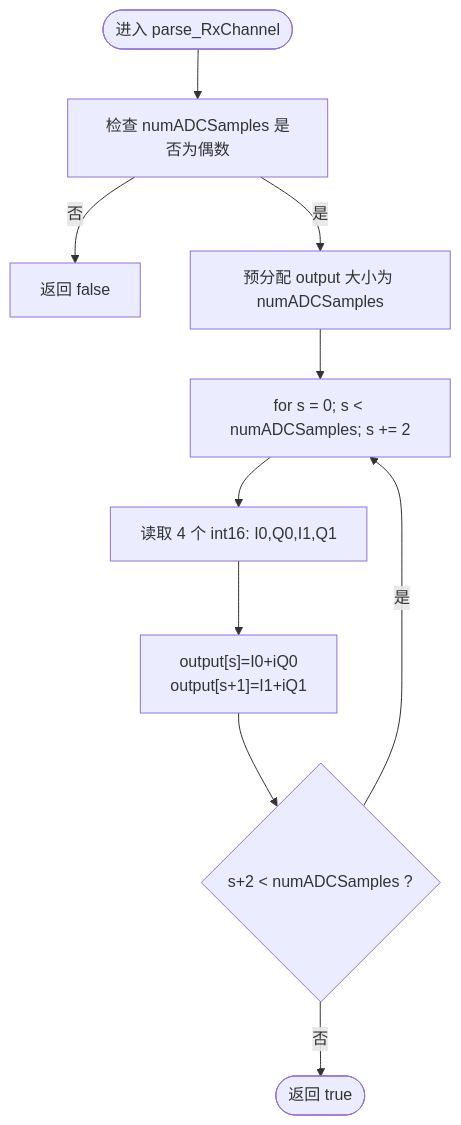
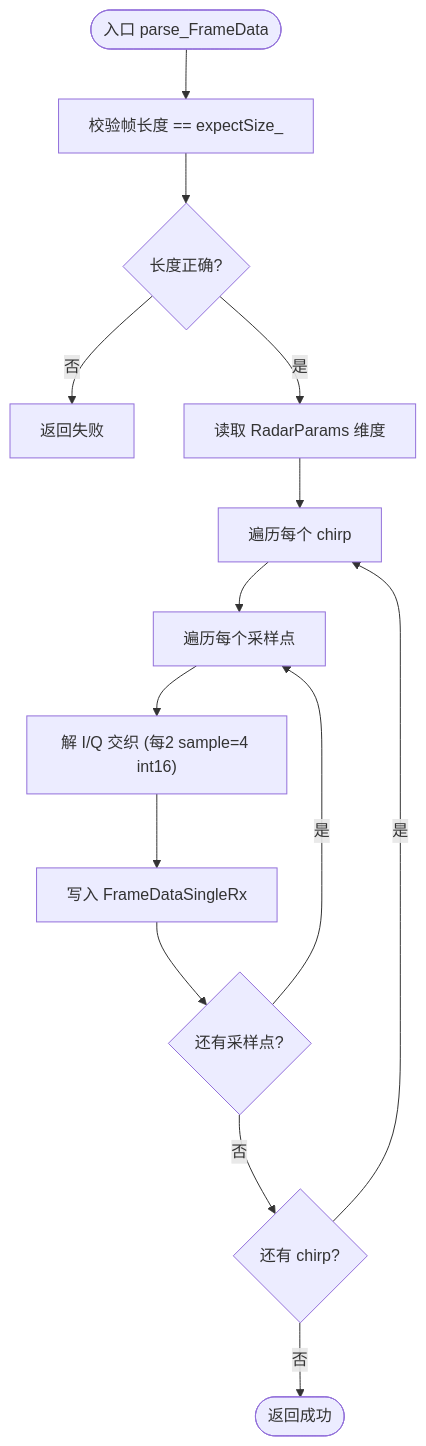
The fourth of 7 diagrams in .qoder/repowiki/zh/content/网络数据链路与解析/雷达数据解析.md (Lukad77/awr1843-radar-toolkit), drawn with Mermaid before and after one commit. The commit also changed other lines of this file and 106 other files, not shown here.

````diff
--- a/.qoder/repowiki/zh/content/网络数据链路与解析/雷达数据解析.md
+++ b/.qoder/repowiki/zh/content/网络数据链路与解析/雷达数据解析.md
@@ -163,12 +151,16 @@
 ```mermaid
 flowchart TD
-Start(["进入 parse_RxChannel"]) --> CheckEven["检查 numADCSamples 是否为偶数"]
-CheckEven --> |否| ReturnFalse["返回 false"]
-CheckEven --> |是| ResizeOut["预分配 output 大小为 numADCSamples"]
-ResizeOut --> Loop["for s = 0; s < numADCSamples; s += 2"]
-Loop --> Read4["读取 4 个 int16: I0,Q0,I1,Q1"]
-Read4 --> WriteCpx["output[s]=I0+iQ0<br/>output[s+1]=I1+iQ1"]
-WriteCpx --> Next{"s+2 < numADCSamples ?"}
-Next --> |是| Loop
-Next --> |否| Done(["返回 true"])
+Start(["入口 parse_FrameData"]) --> CheckLen["校验帧长度 == expectSize_"]
+CheckLen --> LenOK{"长度正确?"}
+LenOK --> |否| Err["返回失败"]
+LenOK --> |是| GetParams["读取 RadarParams 维度"]
+GetParams --> LoopChirp["遍历每个 chirp"]
+LoopChirp --> LoopSample["遍历每个采样点"]
+LoopSample --> DecodeIQ["解 I/Q 交织 (每2 sample=4 int16)"]
+DecodeIQ --> AppendOut["写入 FrameDataSingleRx"]
+AppendOut --> NextSample{"还有采样点?"}
+NextSample --> |是| LoopSample
+NextSample --> |否| NextChirp{"还有 chirp?"}
+NextChirp --> |是| LoopChirp
+NextChirp --> |否| Done(["返回成功"])
 ```
````
